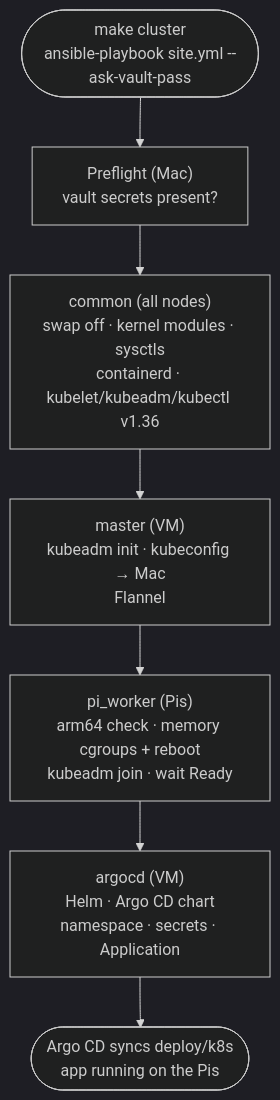
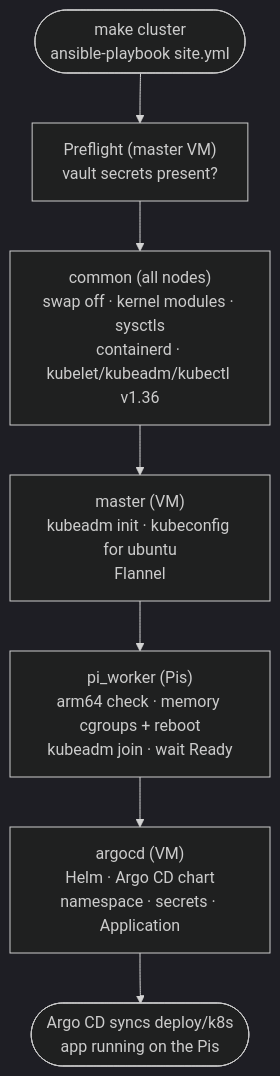
One commit to BallBoii/khunlook changed the seventh of 9 diagrams in docs/infrastructure.md. Above: the diagram before and after it, drawn with Mermaid (dark theme). The commit also changed other lines of this file and 10 other files, not shown here.

````diff
--- a/docs/infrastructure.md
+++ b/docs/infrastructure.md
@@ -219,12 +219,12 @@
 ```mermaid
 flowchart TB
-    START(["make cluster<br/>ansible-playbook site.yml --ask-vault-pass"])
-    PRE["Preflight (Mac)<br/>vault secrets present?"]
+    START(["make cluster<br/>ansible-playbook site.yml"])
+    PRE["Preflight (master VM)<br/>vault secrets present?"]
     COM["common (all nodes)<br/>swap off · kernel modules · sysctls<br/>containerd · kubelet/kubeadm/kubectl v1.36"]
-    MAS["master (VM)<br/>kubeadm init · kubeconfig → Mac<br/>Flannel"]
+    MAS["master (VM)<br/>kubeadm init · kubeconfig for ubuntu<br/>Flannel"]
     WRK["pi_worker (Pis)<br/>arm64 check · memory cgroups + reboot<br/>kubeadm join · wait Ready"]
     ACD["argocd (VM)<br/>Helm · Argo CD chart<br/>namespace · secrets · Application"]
     DONE(["Argo CD syncs deploy/k8s<br/>app running on the Pis"])
 
     START --> PRE --> COM --> MAS --> WRK --> ACD --> DONE
 ```
````
